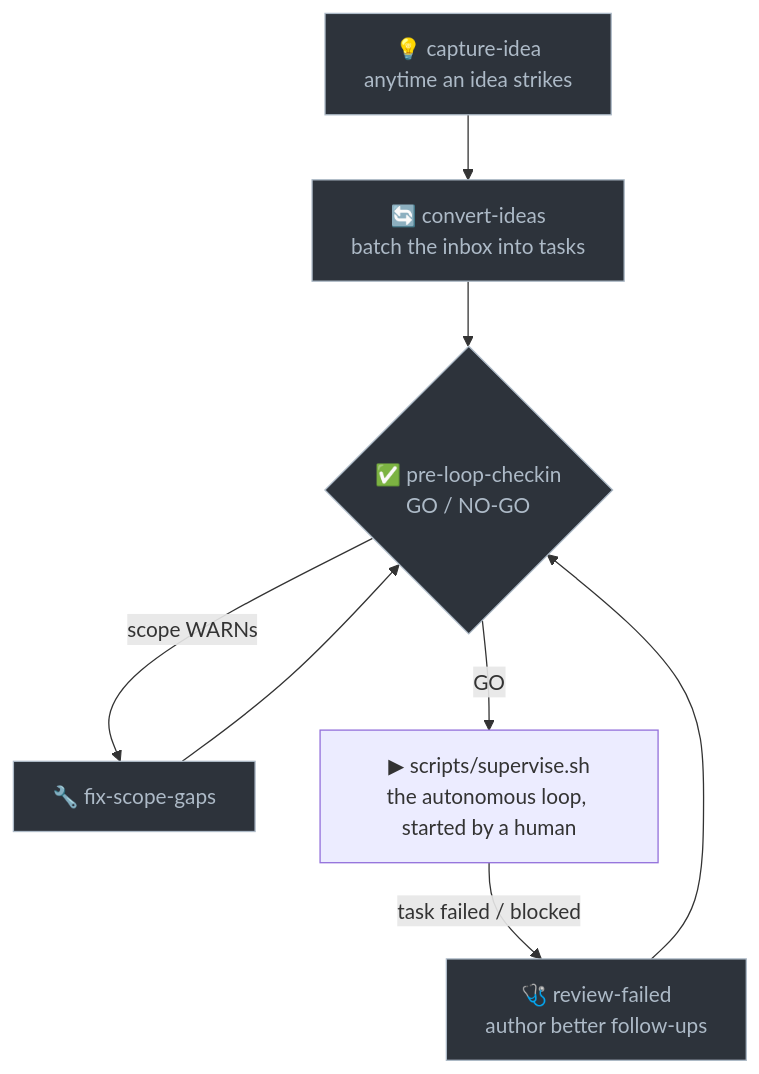
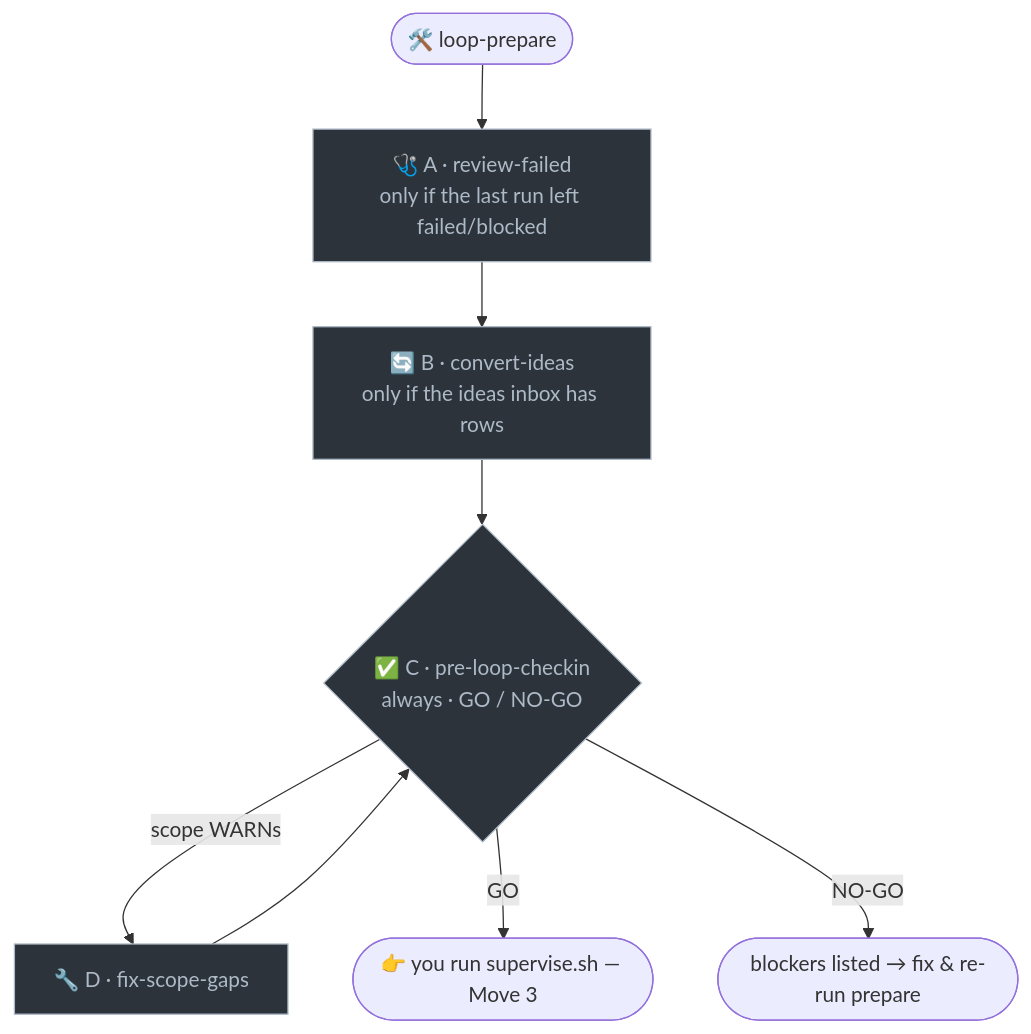
The second of 2 diagrams in plugins/implementation-harness/templates/README.md (RyanMKrol/claude-skills), drawn with Mermaid before and after one commit. The commit also changed other lines of this file and 6 other files, not shown here.

````diff
--- a/plugins/implementation-harness/templates/README.md
+++ b/plugins/implementation-harness/templates/README.md
@@ -42,13 +71,12 @@
 ```mermaid
 flowchart TD
-    A[💡 capture-idea<br/>anytime an idea strikes] --> B[🔄 convert-ideas<br/>batch the inbox into tasks]
-    B --> C{✅ pre-loop-checkin<br/>GO / NO-GO}
-    C -->|scope WARNs| D[🔧 fix-scope-gaps]
+    P(["🛠️ loop-prepare"]) --> A["🩺 A · review-failed<br/>only if the last run left failed/blocked"]
+    A --> B["🔄 B · convert-ideas<br/>only if the ideas inbox has rows"]
+    B --> C{"✅ C · pre-loop-checkin<br/>always · GO / NO-GO"}
+    C -->|"scope WARNs"| D["🔧 D · fix-scope-gaps"]
     D --> C
-    C -->|GO| E[▶ scripts/supervise.sh<br/>the autonomous loop, started by a human]
-    E -->|task failed / blocked| F[🩺 review-failed<br/>author better follow-ups]
-    F --> C
-
+    C -->|"GO"| G(["👉 you run supervise.sh — Move 3"])
+    C -->|"NO-GO"| X(["blockers listed → fix & re-run prepare"])
     classDef human fill:#2d333b,stroke:#adbac7,color:#adbac7;
-    class A,B,C,D,F human;
+    class A,B,C,D human;
 ```
````
